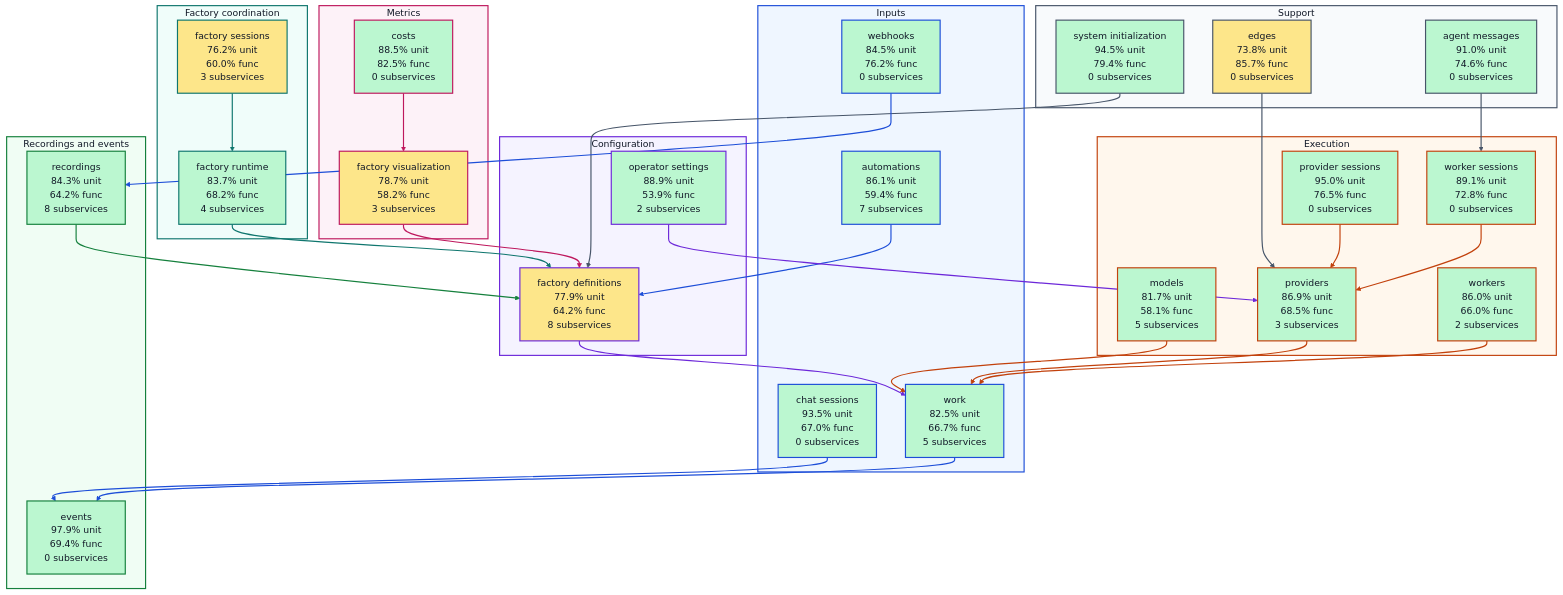
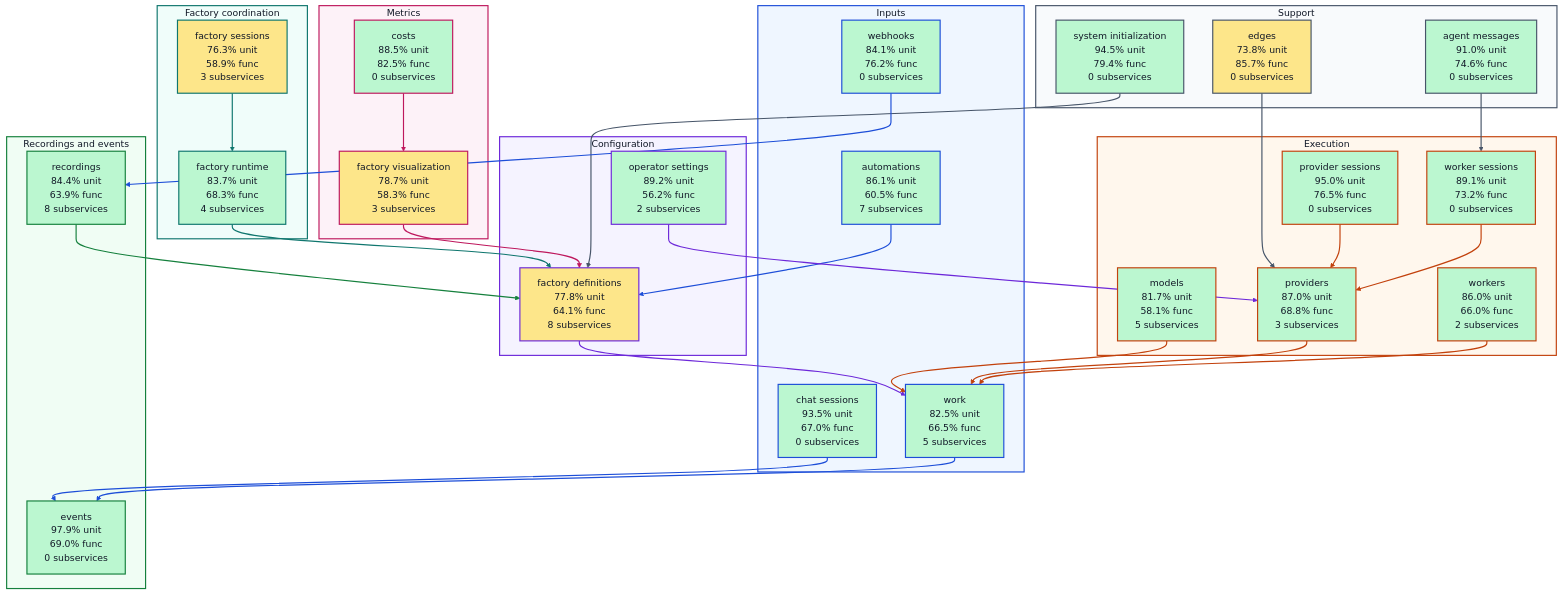
Before and after one commit to portpowered/you-agent-factory: the diagram in docs/architecture/visualizations/high-level-test-coverage.md, drawn with Mermaid (neutral theme). The commit also changed other lines of this file and 21 other files, not shown here.

Commit message:
docs: refresh backend architecture visualizations

````diff
--- a/docs/architecture/visualizations/high-level-test-coverage.md
+++ b/docs/architecture/visualizations/high-level-test-coverage.md
@@ -11,33 +11,33 @@
 ```mermaid
 flowchart TB
   subgraph input["Inputs"]
-    s_services_automations["automations<br/>86.1% unit<br/>59.4% func<br/>7 subservices"]
+    s_services_automations["automations<br/>86.1% unit<br/>60.5% func<br/>7 subservices"]
     s_services_chat_sessions["chat sessions<br/>93.5% unit<br/>67.0% func<br/>0 subservices"]
-    s_services_webhooks["webhooks<br/>84.5% unit<br/>76.2% func<br/>0 subservices"]
-    s_services_work["work<br/>82.5% unit<br/>66.7% func<br/>5 subservices"]
+    s_services_webhooks["webhooks<br/>84.1% unit<br/>76.2% func<br/>0 subservices"]
+    s_services_work["work<br/>82.5% unit<br/>66.5% func<br/>5 subservices"]
   end
   subgraph configuration["Configuration"]
-    s_services_factory_definitions["factory definitions<br/>77.9% unit<br/>64.2% func<br/>8 subservices"]
-    s_services_operator_settings["operator settings<br/>88.9% unit<br/>53.9% func<br/>2 subservices"]
+    s_services_factory_definitions["factory definitions<br/>77.8% unit<br/>64.1% func<br/>8 subservices"]
+    s_services_operator_settings["operator settings<br/>89.2% unit<br/>56.2% func<br/>2 subservices"]
   end
   subgraph coordination["Factory coordination"]
-    s_services_factory_runtime["factory runtime<br/>83.7% unit<br/>68.2% func<br/>4 subservices"]
-    s_services_factory_sessions["factory sessions<br/>76.2% unit<br/>60.0% func<br/>3 subservices"]
+    s_services_factory_runtime["factory runtime<br/>83.7% unit<br/>68.3% func<br/>4 subservices"]
+    s_services_factory_sessions["factory sessions<br/>76.3% unit<br/>58.9% func<br/>3 subservices"]
   end
   subgraph execution["Execution"]
     s_services_models["models<br/>81.7% unit<br/>58.1% func<br/>5 subservices"]
     s_services_provider_sessions["provider sessions<br/>95.0% unit<br/>76.5% func<br/>0 subservices"]
-    s_services_providers["providers<br/>86.9% unit<br/>68.5% func<br/>3 subservices"]
-    s_services_worker_sessions["worker sessions<br/>89.1% unit<br/>72.8% func<br/>0 subservices"]
+    s_services_providers["providers<br/>87.0% unit<br/>68.8% func<br/>3 subservices"]
+    s_services_worker_sessions["worker sessions<br/>89.1% unit<br/>73.2% func<br/>0 subservices"]
     s_services_workers["workers<br/>86.0% unit<br/>66.0% func<br/>2 subservices"]
   end
   subgraph recordings["Recordings and events"]
-    s_services_events["events<br/>97.9% unit<br/>69.4% func<br/>0 subservices"]
-    s_services_recordings["recordings<br/>84.3% unit<br/>64.2% func<br/>8 subservices"]
+    s_services_events["events<br/>97.9% unit<br/>69.0% func<br/>0 subservices"]
+    s_services_recordings["recordings<br/>84.4% unit<br/>63.9% func<br/>8 subservices"]
   end
   subgraph metrics["Metrics"]
     s_services_costs["costs<br/>88.5% unit<br/>82.5% func<br/>0 subservices"]
-    s_services_factory_visualization["factory visualization<br/>78.7% unit<br/>58.2% func<br/>3 subservices"]
+    s_services_factory_visualization["factory visualization<br/>78.7% unit<br/>58.3% func<br/>3 subservices"]
   end
   subgraph support["Support"]
     s_services_agent_messages["agent messages<br/>91.0% unit<br/>74.6% func<br/>0 subservices"]
````
